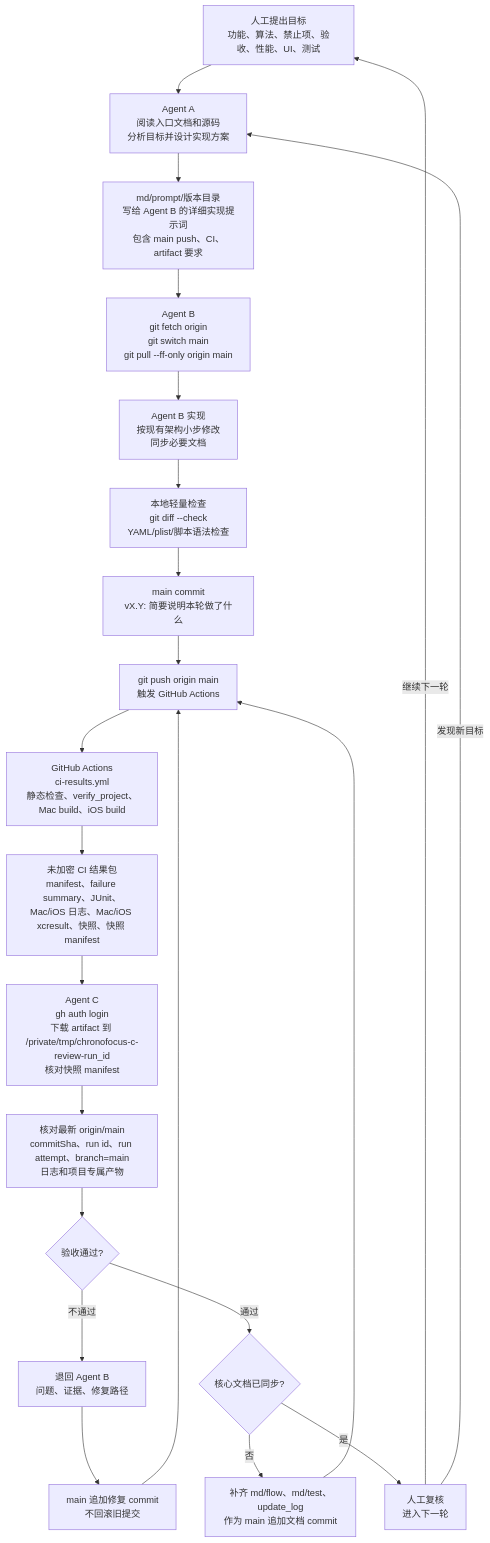
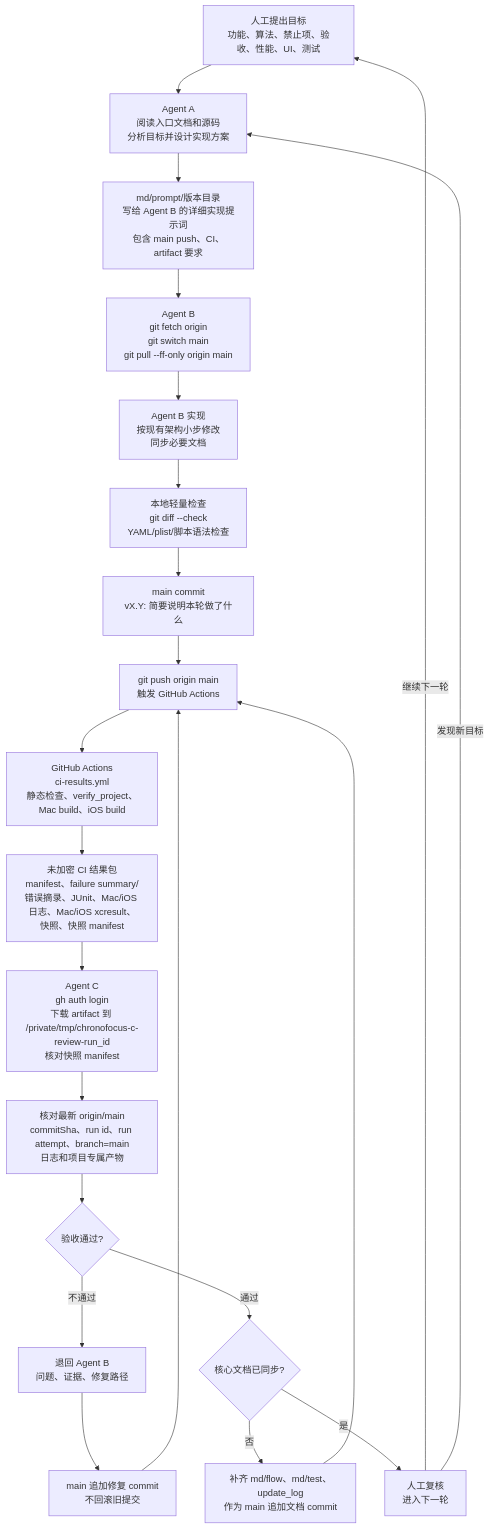
The fifth of 6 diagrams in md/flow/flowchart.md (Altman-sam114/114), drawn with Mermaid before and after one commit. The commit also changed other lines of this file and 11 other files, not shown here.

Commit message:
v0.8: 优化 Mac 快捷入口和 CI 错误摘录

````diff
--- a/md/flow/flowchart.md
+++ b/md/flow/flowchart.md
@@ -102,24 +102,24 @@
 ```mermaid
 flowchart TD
   H["人工提出目标<br/>功能、算法、禁止项、验收、性能、UI、测试"] --> A["Agent A<br/>阅读入口文档和源码<br/>分析目标并设计实现方案"]
   A --> P["md/prompt/版本目录<br/>写给 Agent B 的详细实现提示词<br/>包含 main push、CI、artifact 要求"]
   P --> B0["Agent B<br/>git fetch origin<br/>git switch main<br/>git pull --ff-only origin main"]
   B0 --> B1["Agent B 实现<br/>按现有架构小步修改<br/>同步必要文档"]
   B1 --> L["本地轻量检查<br/>git diff --check<br/>YAML/plist/脚本语法检查"]
   L --> G["main commit<br/>vX.Y: 简要说明本轮做了什么"]
   G --> PUSH["git push origin main<br/>触发 GitHub Actions"]
   PUSH --> CI["GitHub Actions<br/>ci-results.yml<br/>静态检查、verify_project、Mac build、iOS build"]
-  CI --> ART["未加密 CI 结果包<br/>manifest、failure summary、JUnit、Mac/iOS 日志、Mac/iOS xcresult、快照、快照 manifest"]
+  CI --> ART["未加密 CI 结果包<br/>manifest、failure summary/错误摘录、JUnit、Mac/iOS 日志、Mac/iOS xcresult、快照、快照 manifest"]
   ART --> C["Agent C<br/>gh auth login<br/>下载 artifact 到 /private/tmp/chronofocus-c-review-run_id<br/>核对快照 manifest"]
   C --> V["核对最新 origin/main<br/>commitSha、run id、run attempt、branch=main<br/>日志和项目专属产物"]
   V --> PASS{"验收通过?"}
   PASS -->|不通过| BACK["退回 Agent B<br/>问题、证据、修复路径"]
   BACK --> FIX["main 追加修复 commit<br/>不回滚旧提交"]
   FIX --> PUSH
   PASS -->|通过| DOC{"核心文档已同步?"}
   DOC -->|否| D["补齐 md/flow、md/test、update_log<br/>作为 main 追加文档 commit"]
   D --> PUSH
   DOC -->|是| J["人工复核<br/>进入下一轮"]
   J -->|继续下一轮| H
   J -->|发现新目标| A
 ```
````
